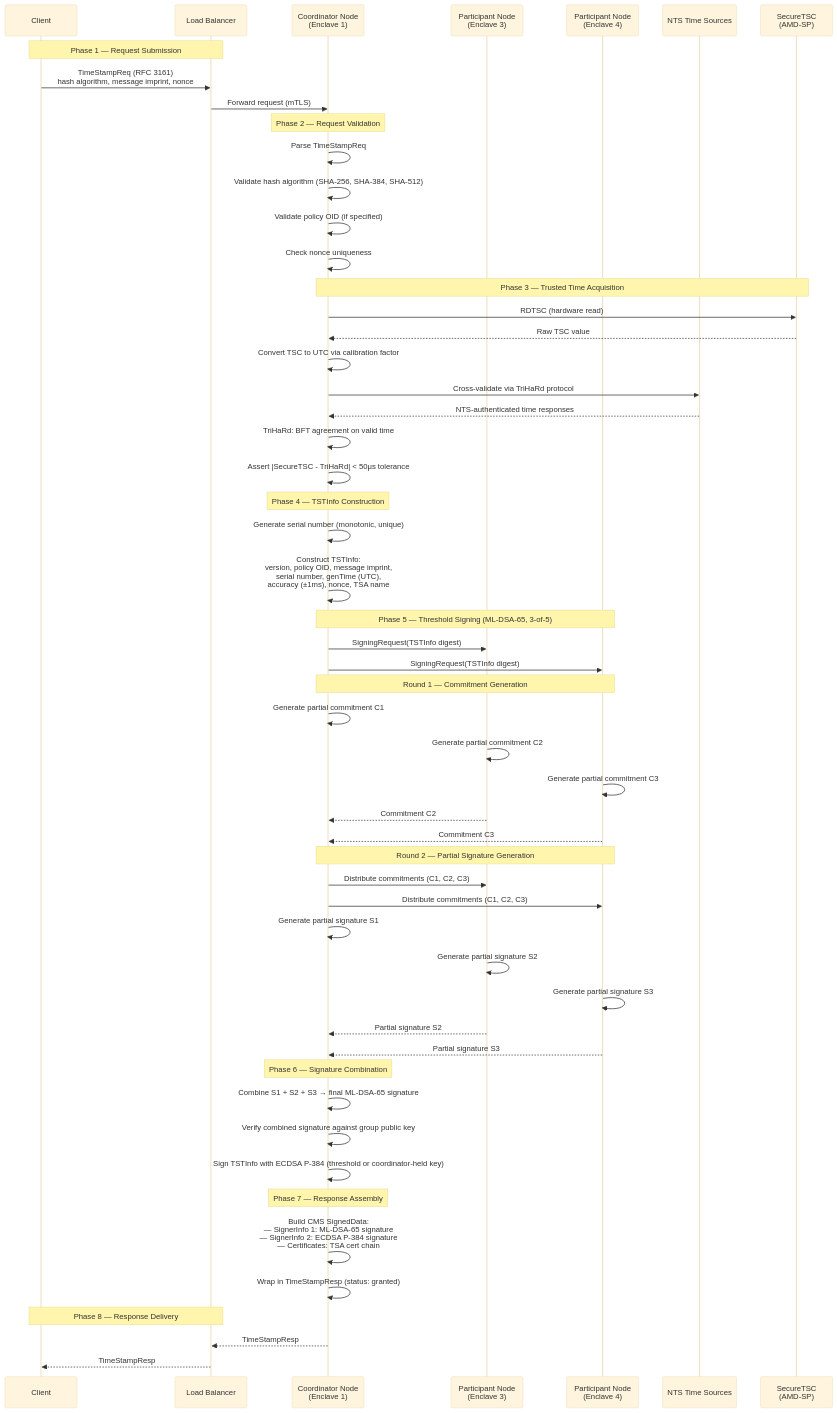
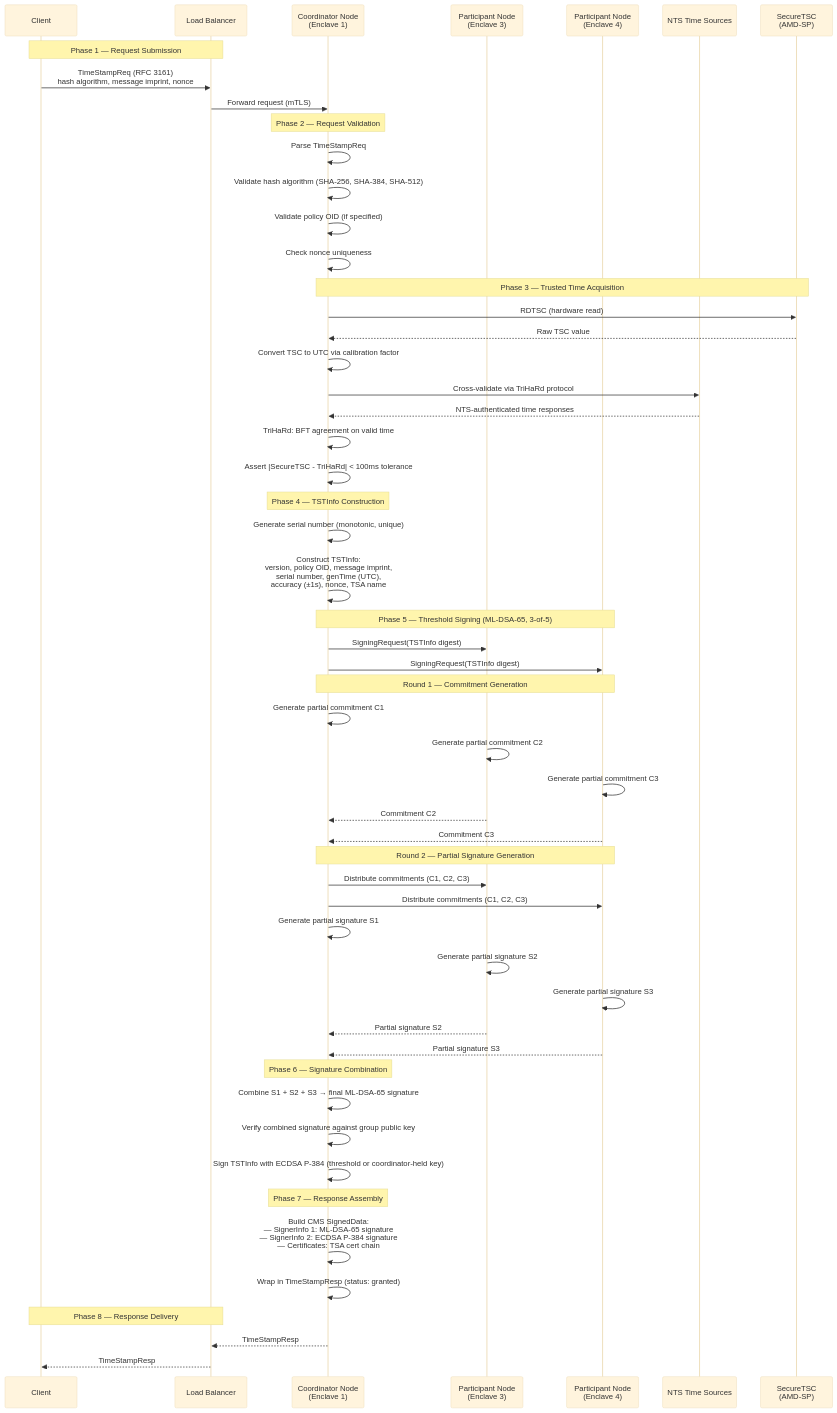
One commit to NickBorgers/confidential-computing-tsa changed the third of 4 diagrams in docs/01-architecture-overview.md. Above: the diagram before and after it, drawn with Mermaid (base theme). The commit also changed other lines of this file and 8 other files, not shown here.

````diff
--- a/docs/01-architecture-overview.md
+++ b/docs/01-architecture-overview.md
@@ -366,66 +366,66 @@
 ```mermaid
 sequenceDiagram
     participant Client
     participant LB as Load Balancer
     participant Coord as Coordinator Node<br/>(Enclave 1)
     participant P2 as Participant Node<br/>(Enclave 3)
     participant P3 as Participant Node<br/>(Enclave 4)
     participant NTS as NTS Time Sources
     participant SecTSC as SecureTSC<br/>(AMD-SP)
 
     Note over Client,LB: Phase 1 — Request Submission
     Client->>LB: TimeStampReq (RFC 3161)<br/>hash algorithm, message imprint, nonce
     LB->>Coord: Forward request (mTLS)
 
     Note over Coord: Phase 2 — Request Validation
     Coord->>Coord: Parse TimeStampReq
     Coord->>Coord: Validate hash algorithm (SHA-256, SHA-384, SHA-512)
     Coord->>Coord: Validate policy OID (if specified)
     Coord->>Coord: Check nonce uniqueness
 
     Note over Coord,SecTSC: Phase 3 — Trusted Time Acquisition
     Coord->>SecTSC: RDTSC (hardware read)
     SecTSC-->>Coord: Raw TSC value
     Coord->>Coord: Convert TSC to UTC via calibration factor
     Coord->>NTS: Cross-validate via TriHaRd protocol
     NTS-->>Coord: NTS-authenticated time responses
     Coord->>Coord: TriHaRd: BFT agreement on valid time
-    Coord->>Coord: Assert |SecureTSC - TriHaRd| < 50μs tolerance
+    Coord->>Coord: Assert |SecureTSC - TriHaRd| < 100ms tolerance
 
     Note over Coord: Phase 4 — TSTInfo Construction
     Coord->>Coord: Generate serial number (monotonic, unique)
-    Coord->>Coord: Construct TSTInfo:<br/>version, policy OID, message imprint,<br/>serial number, genTime (UTC),<br/>accuracy (±1ms), nonce, TSA name
+    Coord->>Coord: Construct TSTInfo:<br/>version, policy OID, message imprint,<br/>serial number, genTime (UTC),<br/>accuracy (±1s), nonce, TSA name
 
     Note over Coord,P3: Phase 5 — Threshold Signing (ML-DSA-65, 3-of-5)
     Coord->>P2: SigningRequest(TSTInfo digest)
     Coord->>P3: SigningRequest(TSTInfo digest)
 
     Note over Coord,P3: Round 1 — Commitment Generation
     Coord->>Coord: Generate partial commitment C1
     P2->>P2: Generate partial commitment C2
     P3->>P3: Generate partial commitment C3
     P2-->>Coord: Commitment C2
     P3-->>Coord: Commitment C3
 
     Note over Coord,P3: Round 2 — Partial Signature Generation
     Coord->>P2: Distribute commitments (C1, C2, C3)
     Coord->>P3: Distribute commitments (C1, C2, C3)
     Coord->>Coord: Generate partial signature S1
     P2->>P2: Generate partial signature S2
     P3->>P3: Generate partial signature S3
     P2-->>Coord: Partial signature S2
     P3-->>Coord: Partial signature S3
 
     Note over Coord: Phase 6 — Signature Combination
     Coord->>Coord: Combine S1 + S2 + S3 → final ML-DSA-65 signature
     Coord->>Coord: Verify combined signature against group public key
     Coord->>Coord: Sign TSTInfo with ECDSA P-384 (threshold or coordinator-held key)
 
     Note over Coord: Phase 7 — Response Assembly
     Coord->>Coord: Build CMS SignedData:<br/>— SignerInfo 1: ML-DSA-65 signature<br/>— SignerInfo 2: ECDSA P-384 signature<br/>— Certificates: TSA cert chain
     Coord->>Coord: Wrap in TimeStampResp (status: granted)
 
     Note over Client,LB: Phase 8 — Response Delivery
     Coord-->>LB: TimeStampResp
     LB-->>Client: TimeStampResp
 ```
````
